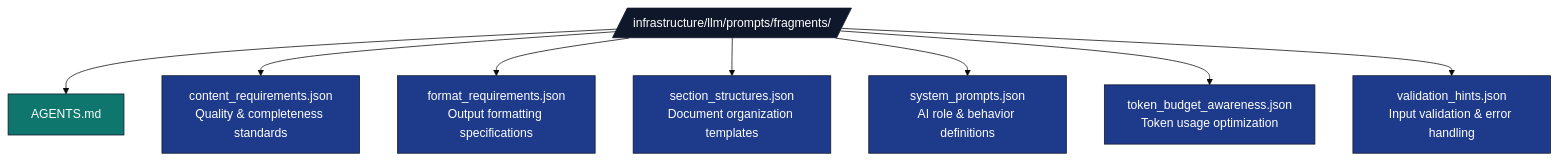
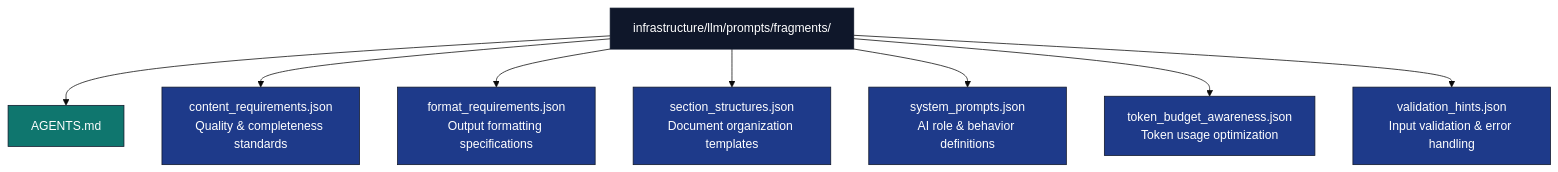
The diagram in infrastructure/llm/prompts/fragments/AGENTS.md (docxology/template), drawn with Mermaid (base theme) before and after one commit. The commit also changed 94 other files, not shown here.

````diff
--- a/infrastructure/llm/prompts/fragments/AGENTS.md
+++ b/infrastructure/llm/prompts/fragments/AGENTS.md
@@ -9,18 +9,18 @@
 ```mermaid
 flowchart TB
-    F[/infrastructure/llm/prompts/fragments//]
+    F[infrastructure/llm/prompts/fragments/]
     F --> AG[AGENTS.md]
     F --> CR[content_requirements.json<br/>Quality &amp; completeness standards]
     F --> FR[format_requirements.json<br/>Output formatting specifications]
     F --> SS[section_structures.json<br/>Document organization templates]
     F --> SP[system_prompts.json<br/>AI role &amp; behavior definitions]
     F --> TB[token_budget_awareness.json<br/>Token usage optimization]
     F --> VH[validation_hints.json<br/>Input validation &amp; error handling]
 
     classDef d fill:#0f172a,stroke:#0f172a,color:#fff
     classDef frag fill:#1e3a8a,stroke:#0f172a,color:#fff
     classDef doc fill:#0f766e,stroke:#0f172a,color:#fff
     class F d
     class CR,FR,SS,SP,TB,VH frag
     class AG doc
 ```
````
